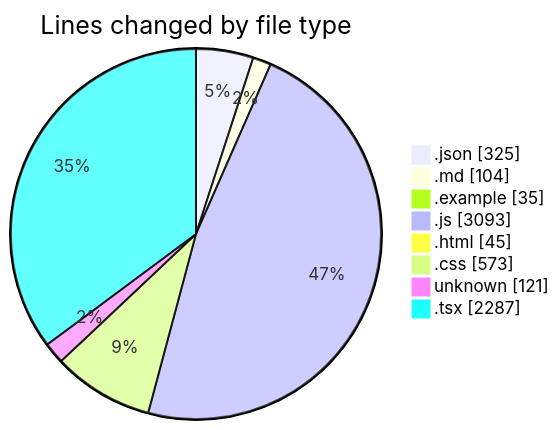
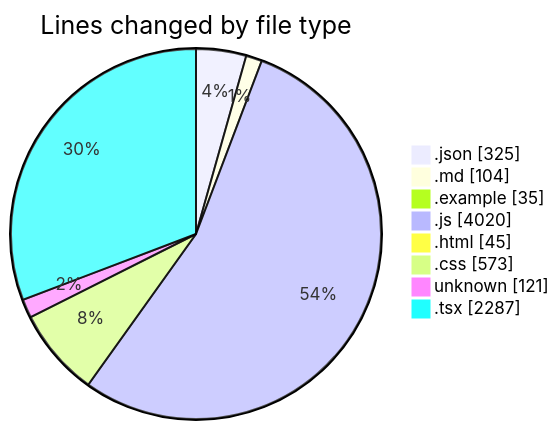
Before and after one commit to lephambinh05/code-tracking: the first of 2 diagrams in 2025-08-05/napxuvn/README.md, drawn with Mermaid. The commit also changed other lines of this file and 1 other file, not shown here.

````diff
--- a/2025-08-05/napxuvn/README.md
+++ b/2025-08-05/napxuvn/README.md
@@ -64,12 +69,12 @@
 ```mermaid
 pie showData
 title Lines changed by file type
 ".json" : 325
 ".md" : 104
 ".example" : 35
-".js" : 3093
+".js" : 4020
 ".html" : 45
 ".css" : 573
 "unknown" : 121
 ".tsx" : 2287
 ```
````
